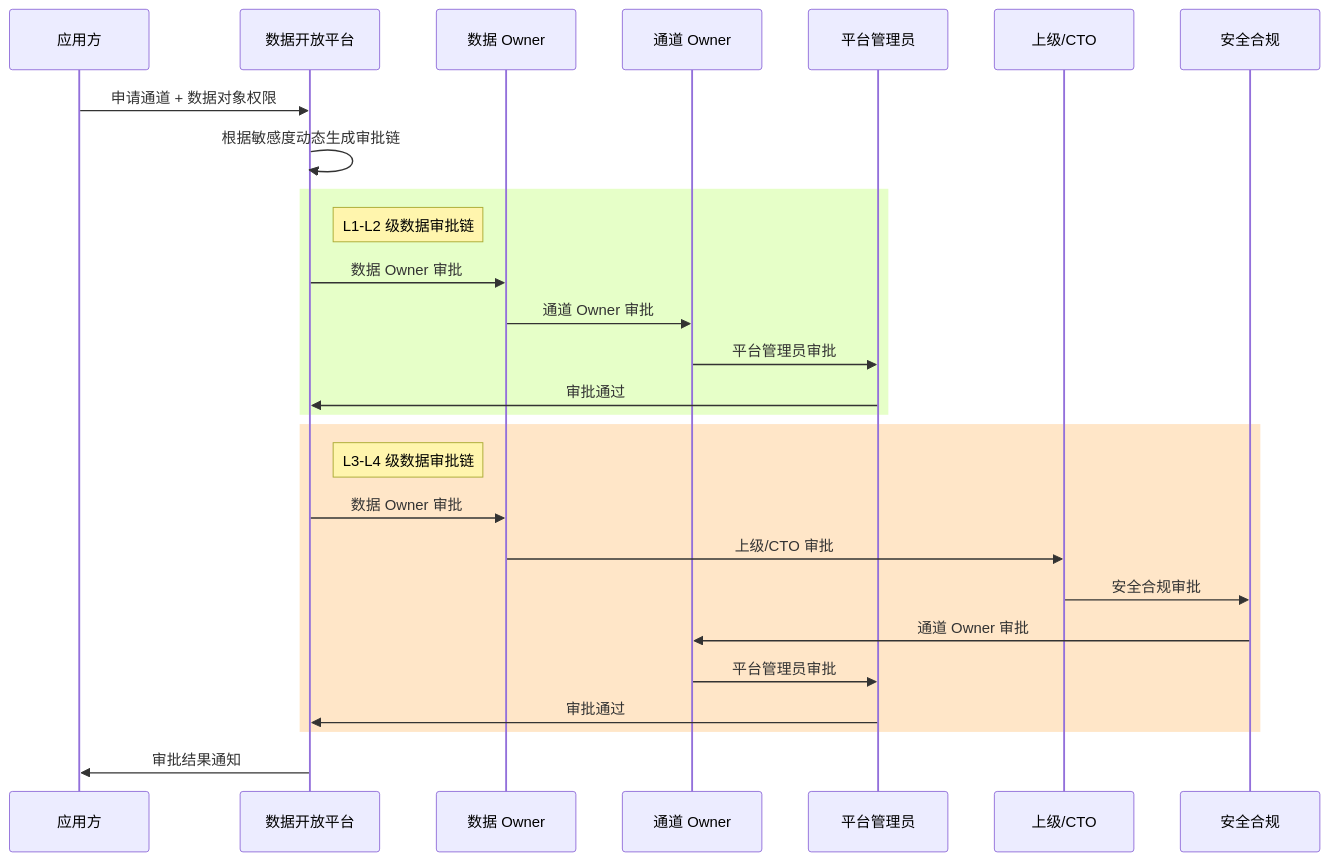
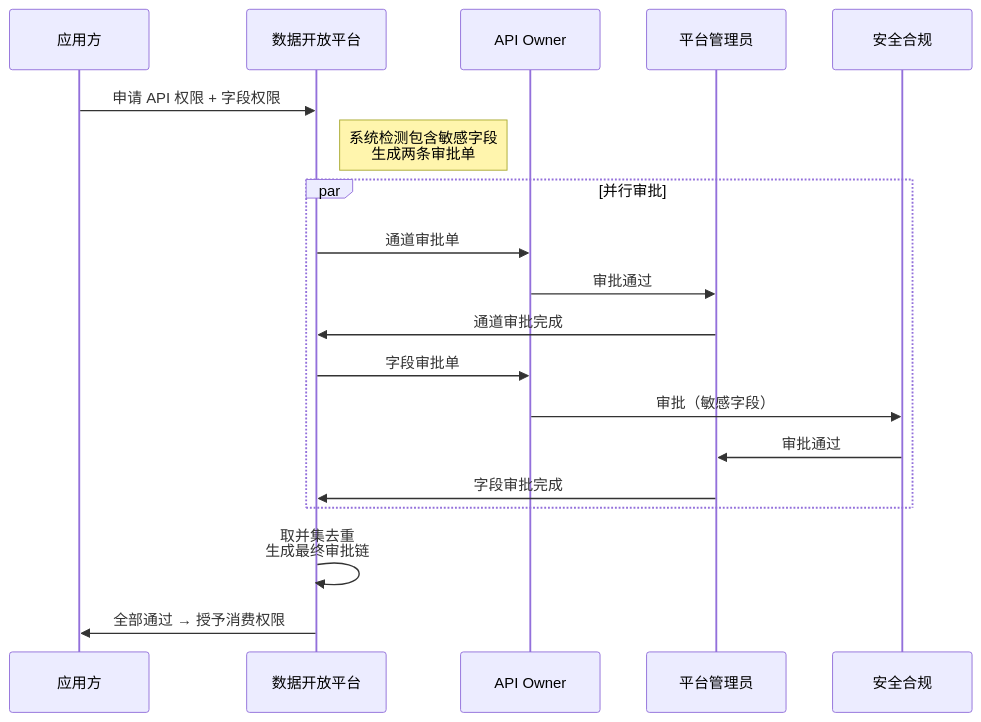
Before and after one commit to THZSummer/Product: diagram 13 of 13 in open-app/.sdd/specs-tree-root/specs-tree-data-open-platform/discovery-report.md, drawn with Mermaid. The commit also changed other lines of this file and 2 other files, not shown here.

````diff
--- a/open-app/.sdd/specs-tree-root/specs-tree-data-open-platform/discovery-report.md
+++ b/open-app/.sdd/specs-tree-root/specs-tree-data-open-platform/discovery-report.md
@@ -758,33 +782,25 @@
 ```mermaid
 sequenceDiagram
     participant App as 应用方
     participant Platform as 数据开放平台
-    participant DO as 数据 Owner
-    participant CO as 通道 Owner
+    participant AOwner as API Owner
     participant Admin as 平台管理员
-    participant CTO as 上级/CTO
     participant Security as 安全合规
     
-    App->>Platform: 申请通道 + 数据对象权限
-    Platform->>Platform: 根据敏感度动态生成审批链
+    App->>Platform: 申请 API 权限 + 字段权限
+    note right of Platform: 系统检测包含敏感字段<br/>生成两条审批单
     
-    rect rgb(230, 255, 200)
-        note right of Platform: L1-L2 级数据审批链
-        Platform->>DO: 数据 Owner 审批
-        DO->>CO: 通道 Owner 审批
-        CO->>Admin: 平台管理员审批
-        Admin->>Platform: 审批通过
+    par 并行审批
+        Platform->>AOwner: 通道审批单
+        AOwner->>Admin: 审批通过
+        Admin->>Platform: 通道审批完成
+        
+        Platform->>AOwner: 字段审批单
+        AOwner->>Security: 审批（敏感字段）
+        Security->>Admin: 审批通过
+        Admin->>Platform: 字段审批完成
     end
     
-    rect rgb(255, 230, 200)
-        note right of Platform: L3-L4 级数据审批链
-        Platform->>DO: 数据 Owner 审批
-        DO->>CTO: 上级/CTO 审批
-        CTO->>Security: 安全合规审批
-        Security->>CO: 通道 Owner 审批
-        CO->>Admin: 平台管理员审批
-        Admin->>Platform: 审批通过
-    end
-    
-    Platform->>App: 审批结果通知
+    Platform->>Platform: 取并集去重<br/>生成最终审批链
+    Platform->>App: 全部通过 → 授予消费权限
 ```
````
